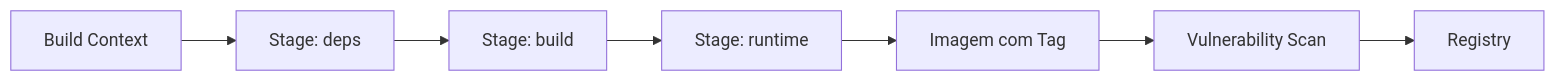
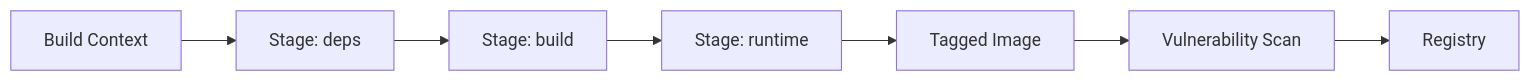
Before and after one commit to alissonf216/licitech-architecture-showcase: the third of 5 diagrams in docs/DEVOPS_AND_CICD.md, drawn with Mermaid. The commit also changed other lines of this file and 36 other files, not shown here.

First line of the commit message:
Add Licitech architecture portfolio (EN + PT-BR)

````diff
--- a/docs/DEVOPS_AND_CICD.md
+++ b/docs/DEVOPS_AND_CICD.md
@@ -96,9 +98,9 @@
 ```mermaid
 flowchart LR
     CTX[Build Context] --> S1[Stage: deps]
     S1 --> S2[Stage: build]
     S2 --> S3[Stage: runtime]
-    S3 --> IMG[Imagem com Tag]
+    S3 --> IMG[Tagged Image]
     IMG --> SCAN[Vulnerability Scan]
     SCAN --> REG[Registry]
 ```
````
